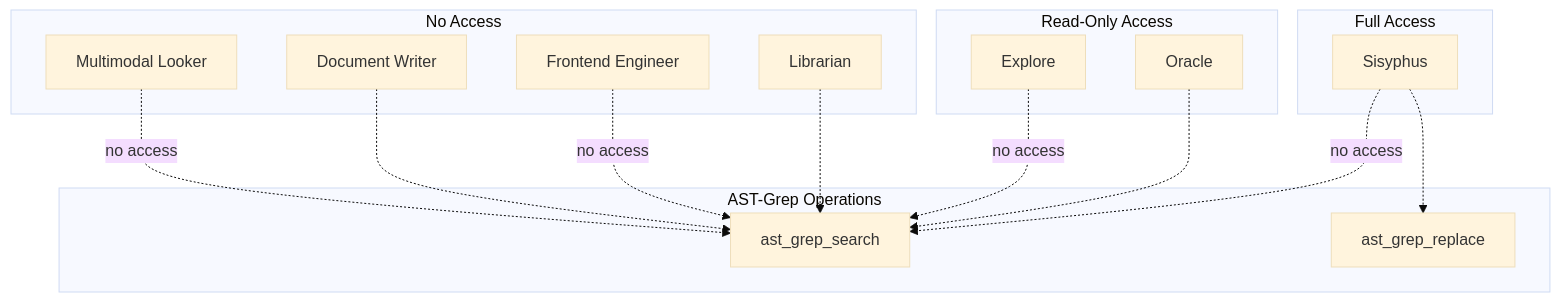
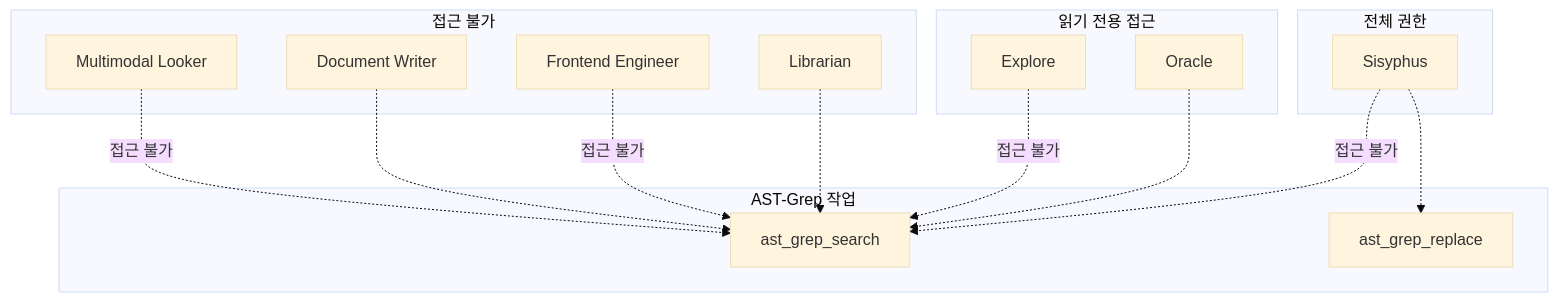
Before and after one commit to felipetruman/oh-my-opencode-docs: the second of 6 diagrams in docs/tools/ast-grep-tools.md, drawn with Mermaid (base theme). The commit also changed other lines of this file and 76 other files, not shown here.

````diff
--- a/docs/tools/ast-grep-tools.md
+++ b/docs/tools/ast-grep-tools.md
@@ -170,43 +170,43 @@
 ```mermaid
 flowchart TD
 
 Sisyphus["Sisyphus"]
 Oracle["Oracle"]
 Explore["Explore"]
 Librarian["Librarian"]
 Frontend["Frontend Engineer"]
 DocWriter["Document Writer"]
 Multimodal["Multimodal Looker"]
 Search["ast_grep_search"]
 Replace["ast_grep_replace"]
 
-Sisyphus -.->|"no access"| Search
+Sisyphus -.->|"접근 불가"| Search
 Sisyphus -.-> Replace
 Oracle -.-> Search
-Explore -.->|"no access"| Search
+Explore -.->|"접근 불가"| Search
 Librarian -.-> Search
-Frontend -.->|"no access"| Search
+Frontend -.->|"접근 불가"| Search
 DocWriter -.-> Search
-Multimodal -.->|"no access"| Search
+Multimodal -.->|"접근 불가"| Search
 
-subgraph subGraph3 ["AST-Grep Operations"]
+subgraph subGraph3 ["AST-Grep 작업"]
     Search
     Replace
 end
 
-subgraph subGraph2 ["No Access"]
+subgraph subGraph2 ["접근 불가"]
     Librarian
     Frontend
     DocWriter
     Multimodal
 end
 
-subgraph subGraph1 ["Read-Only Access"]
+subgraph subGraph1 ["읽기 전용 접근"]
     Oracle
     Explore
 end
 
-subgraph subGraph0 ["Full Access"]
+subgraph subGraph0 ["전체 권한"]
     Sisyphus
 end
 ```
````
